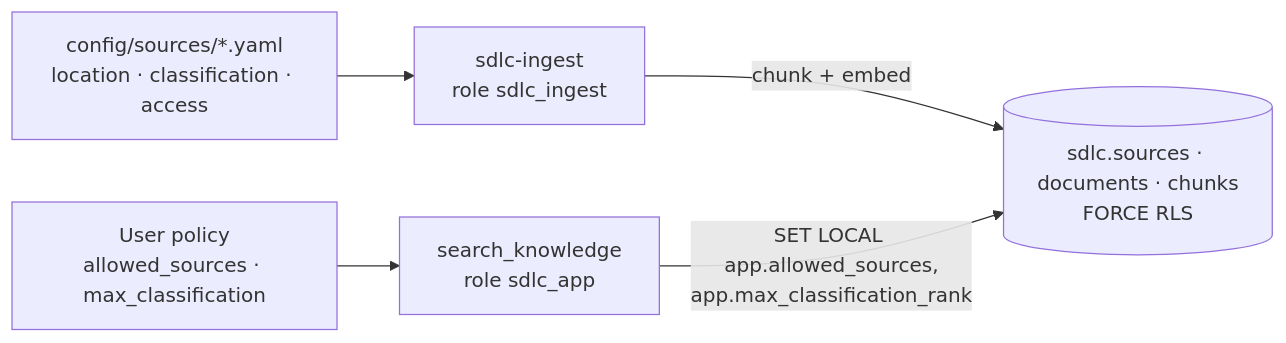
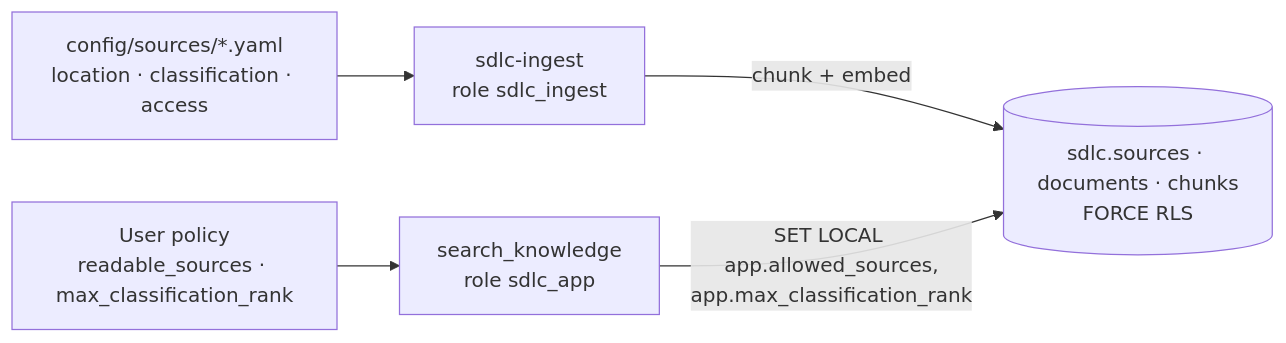
The fourth of 6 diagrams in docs/ARCHITECTURE.md (shaheenks/agentic-sdlc-core), drawn with Mermaid before and after one commit. The commit also changed other lines of this file and 4 other files, not shown here.

````diff
--- a/docs/ARCHITECTURE.md
+++ b/docs/ARCHITECTURE.md
@@ -200,7 +213,7 @@
 ```mermaid
 flowchart LR
     SRC[config/sources/*.yaml<br/>location · classification · access] --> ING[sdlc-ingest<br/>role sdlc_ingest]
     ING -- chunk + embed --> PG[(sdlc.sources · documents · chunks<br/>FORCE RLS)]
-    U[User policy<br/>allowed_sources · max_classification] --> MCP[search_knowledge<br/>role sdlc_app]
+    U[User policy<br/>readable_sources · max_classification_rank] --> MCP[search_knowledge<br/>role sdlc_app]
     MCP -- "SET LOCAL app.allowed_sources,<br/>app.max_classification_rank" --> PG
 ```
````
